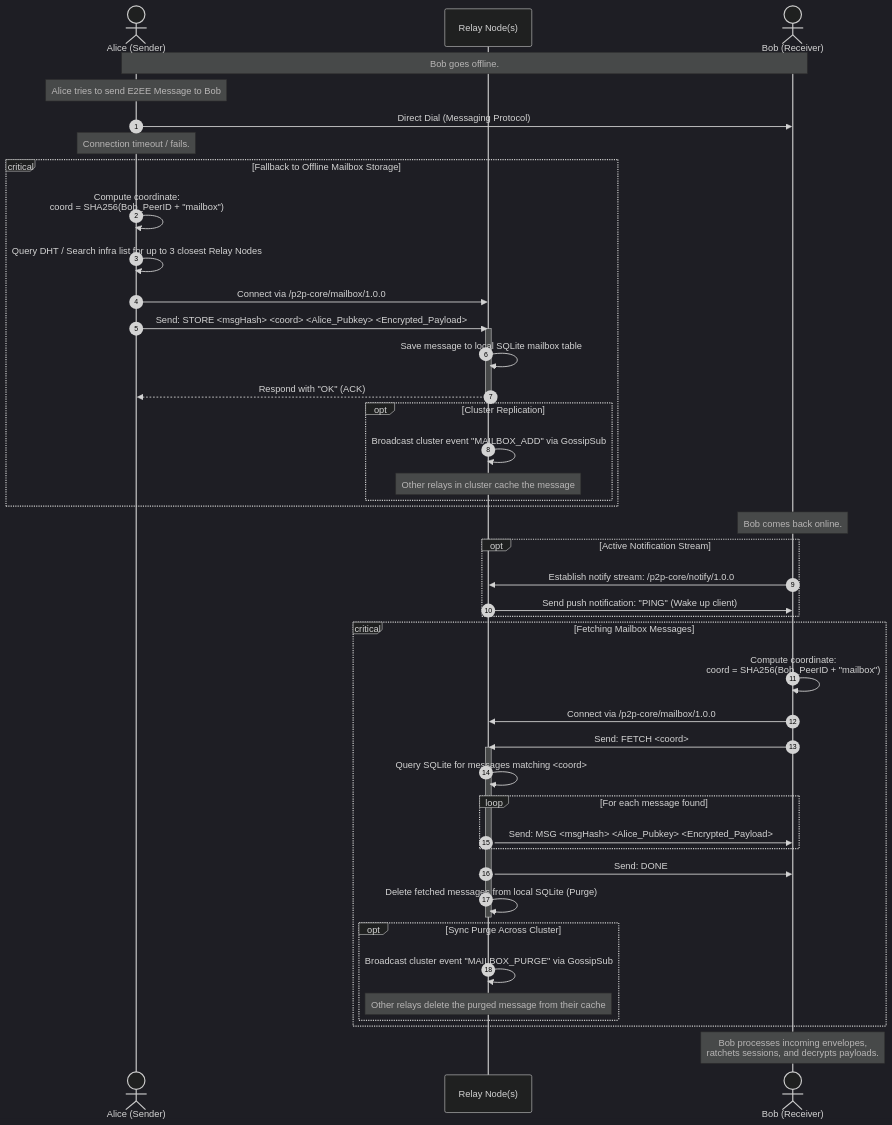
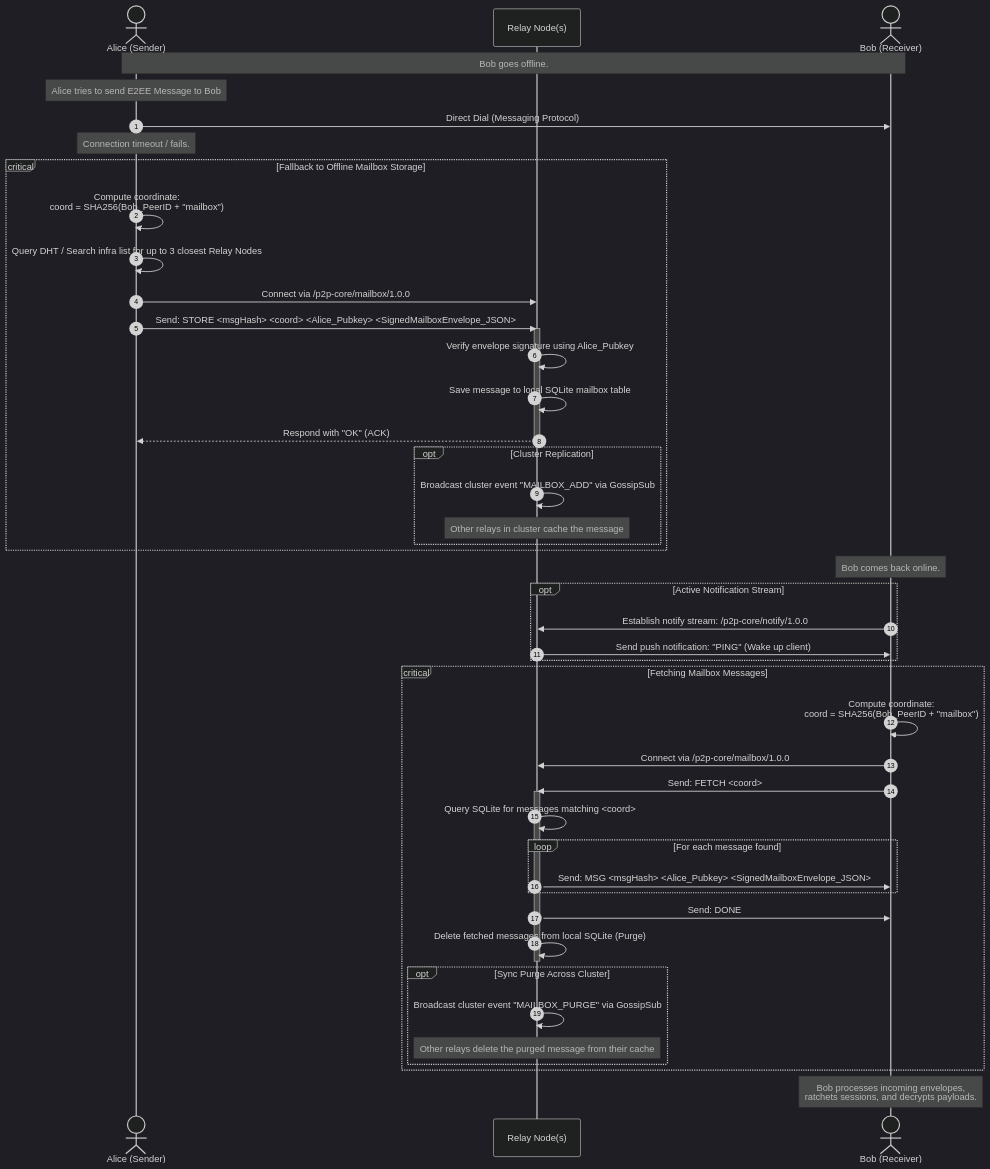
One commit to nicabreon/meshsage changed the second of 10 diagrams in architecture_diagrams.md. Above: the diagram before and after it, drawn with Mermaid (dark theme). The commit also changed other lines of this file and 13 other files, not shown here.

````diff
--- a/architecture_diagrams.md
+++ b/architecture_diagrams.md
@@ -109,66 +111,68 @@
 ```mermaid
 sequenceDiagram
     autonumber
     actor Alice as Alice (Sender)
     participant Relay as Relay Node(s)
     actor Bob as Bob (Receiver)
 
     Note over Alice, Bob: Bob goes offline.
     
     Note over Alice: Alice tries to send E2EE Message to Bob
     Alice->>Bob: Direct Dial (Messaging Protocol)
     Note over Alice: Connection timeout / fails.
     
     %% Storage Phase
     critical Fallback to Offline Mailbox Storage
         Alice->>Alice: Compute coordinate:<br/>coord = SHA256(Bob_PeerID + "mailbox")
         Alice->>Alice: Query DHT / Search infra list for up to 3 closest Relay Nodes
         Alice->>Relay: Connect via /p2p-core/mailbox/1.0.0
-        Alice->>Relay: Send: STORE <msgHash> <coord> <Alice_Pubkey> <Encrypted_Payload>
+        Alice->>Relay: Send: STORE <msgHash> <coord> <Alice_Pubkey> <SignedMailboxEnvelope_JSON>
         
         activate Relay
+        Relay->>Relay: Verify envelope signature using Alice_Pubkey
         Relay->>Relay: Save message to local SQLite mailbox table
         Relay-->>Alice: Respond with "OK" (ACK)
         deactivate Relay
         
         opt Cluster Replication
             Relay->>Relay: Broadcast cluster event "MAILBOX_ADD" via GossipSub
             Note over Relay: Other relays in cluster cache the message
         end
     end
     
     Note over Bob: Bob comes back online.
     
     %% Optional Notify Stream
     opt Active Notification Stream
         Bob->>Relay: Establish notify stream: /p2p-core/notify/1.0.0
         Relay->>Bob: Send push notification: "PING" (Wake up client)
     end
 
     %% Retrieval Phase
     critical Fetching Mailbox Messages
         Bob->>Bob: Compute coordinate:<br/>coord = SHA256(Bob_PeerID + "mailbox")
         Bob->>Relay: Connect via /p2p-core/mailbox/1.0.0
         Bob->>Relay: Send: FETCH <coord>
         
         activate Relay
         Relay->>Relay: Query SQLite for messages matching <coord>
         
         loop For each message found
-            Relay->>Bob: Send: MSG <msgHash> <Alice_Pubkey> <Encrypted_Payload>
+            Relay->>Bob: Send: MSG <msgHash> <Alice_Pubkey> <SignedMailboxEnvelope_JSON>
         end
         
         Relay->>Bob: Send: DONE
         
         Relay->>Relay: Delete fetched messages from local SQLite (Purge)
         deactivate Relay
         
         opt Sync Purge Across Cluster
             Relay->>Relay: Broadcast cluster event "MAILBOX_PURGE" via GossipSub
             Note over Relay: Other relays delete the purged message from their cache
         end
     end
 
+
     %% Decryption Phase
     Note over Bob: Bob processes incoming envelopes,<br/>ratchets sessions, and decrypts payloads.
 ```
````
